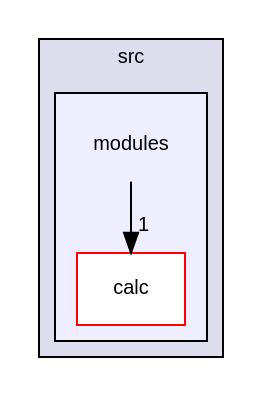
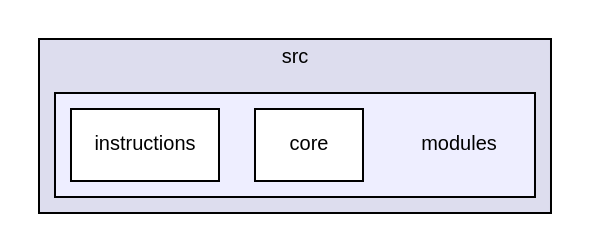
The diagram in docs/dir_ddb4d7e95cc2d6c8e1ade10a20d7247d_dep.dot (redhecker/easyVim), drawn with Graphviz before and after one commit. The commit also changed 95 other files, not shown here.

```diff
--- a/docs/dir_ddb4d7e95cc2d6c8e1ade10a20d7247d_dep.dot
+++ b/docs/dir_ddb4d7e95cc2d6c8e1ade10a20d7247d_dep.dot
@@ -1,14 +1,14 @@
 digraph "src/modules" {
   compound=true
   node [ fontsize="10", fontname="Helvetica"];
   edge [ labelfontsize="10", labelfontname="Helvetica"];
   subgraph clusterdir_68267d1309a1af8e8297ef4c3efbcdba {
     graph [ bgcolor="#ddddee", pencolor="black", label="src" fontname="Helvetica", fontsize="10", URL="dir_68267d1309a1af8e8297ef4c3efbcdba.html"]
   subgraph clusterdir_ddb4d7e95cc2d6c8e1ade10a20d7247d {
     graph [ bgcolor="#eeeeff", pencolor="black", label="" URL="dir_ddb4d7e95cc2d6c8e1ade10a20d7247d.html"];
     dir_ddb4d7e95cc2d6c8e1ade10a20d7247d [shape=plaintext label="modules"];
-  dir_1984cfdf21305d504b4ed1c35bd80138 [shape=box label="calc" fillcolor="white" style="filled" color="red" URL="dir_1984cfdf21305d504b4ed1c35bd80138.html"];
+  dir_48bd54dcd86210a131d5bab7b05ef6d7 [shape=box label="core" fillcolor="white" style="filled" URL="dir_48bd54dcd86210a131d5bab7b05ef6d7.html"];
+  dir_23bbb858fb2dbf158f6748e516a480bb [shape=box label="instructions" fillcolor="white" style="filled" URL="dir_23bbb858fb2dbf158f6748e516a480bb.html"];
   }
   }
-  dir_ddb4d7e95cc2d6c8e1ade10a20d7247d->dir_1984cfdf21305d504b4ed1c35bd80138 [headlabel="1", labeldistance=1.5 headhref="dir_000001_000002.html"];
 }
```
